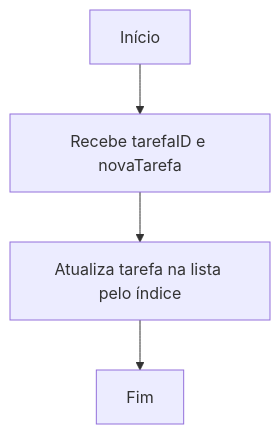
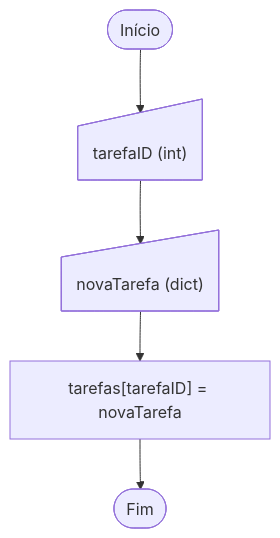
The seventh of 7 diagrams in Fluxograms/README.md (kf-martins-uel/algoritmos-crud), drawn with Mermaid before and after one commit. The commit also changed other lines of this file and 1 other file, not shown here.

````diff
--- a/Fluxograms/README.md
+++ b/Fluxograms/README.md
@@ -55,6 +74,7 @@
 ```mermaid
 flowchart TD
-    A[Início] --> B[Recebe tarefaID e novaTarefa]
-    B --> C[Atualiza tarefa na lista pelo índice]
-    C --> D[Fim]
+    A(["Início"]) --> Input1@{shape: manual-input, label: "tarefaID (int)"}
+    Input1 --> Input2@{shape: manual-input, label: "novaTarefa (dict)"}
+    Input2 --> B["tarefas[tarefaID] = novaTarefa"]
+    B --> C(["Fim"])
 ```
````
